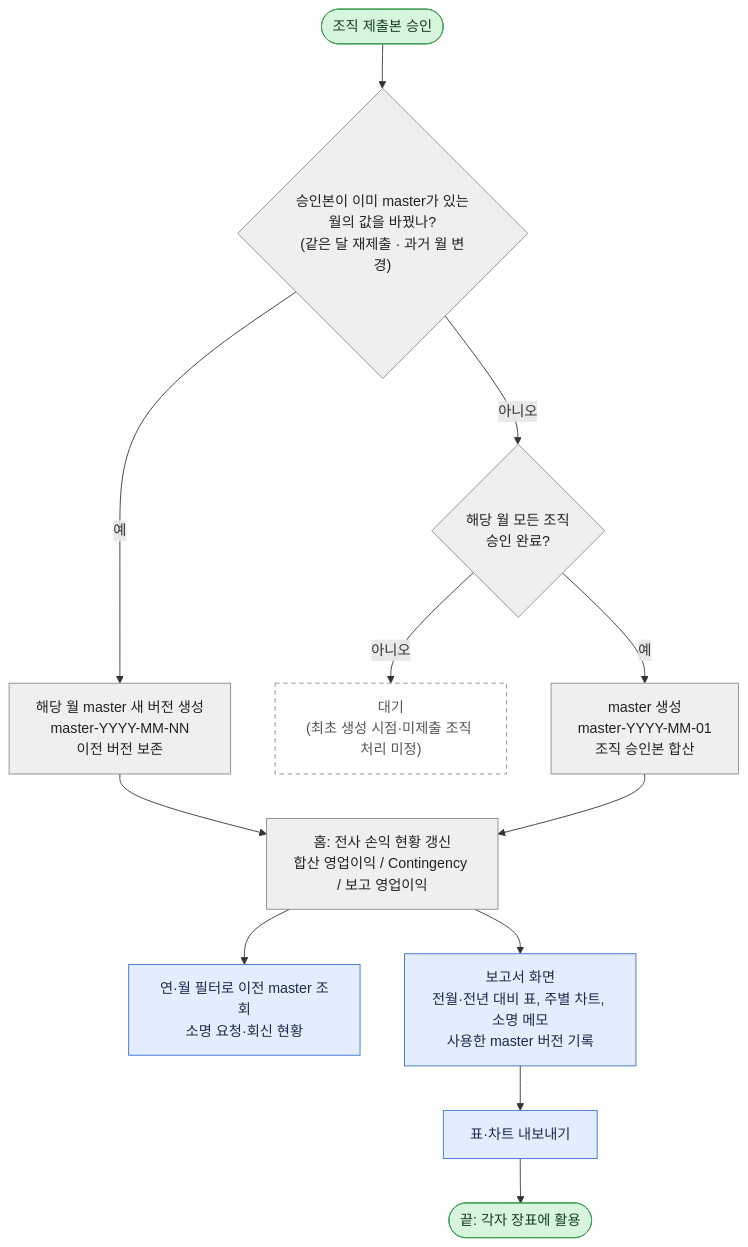
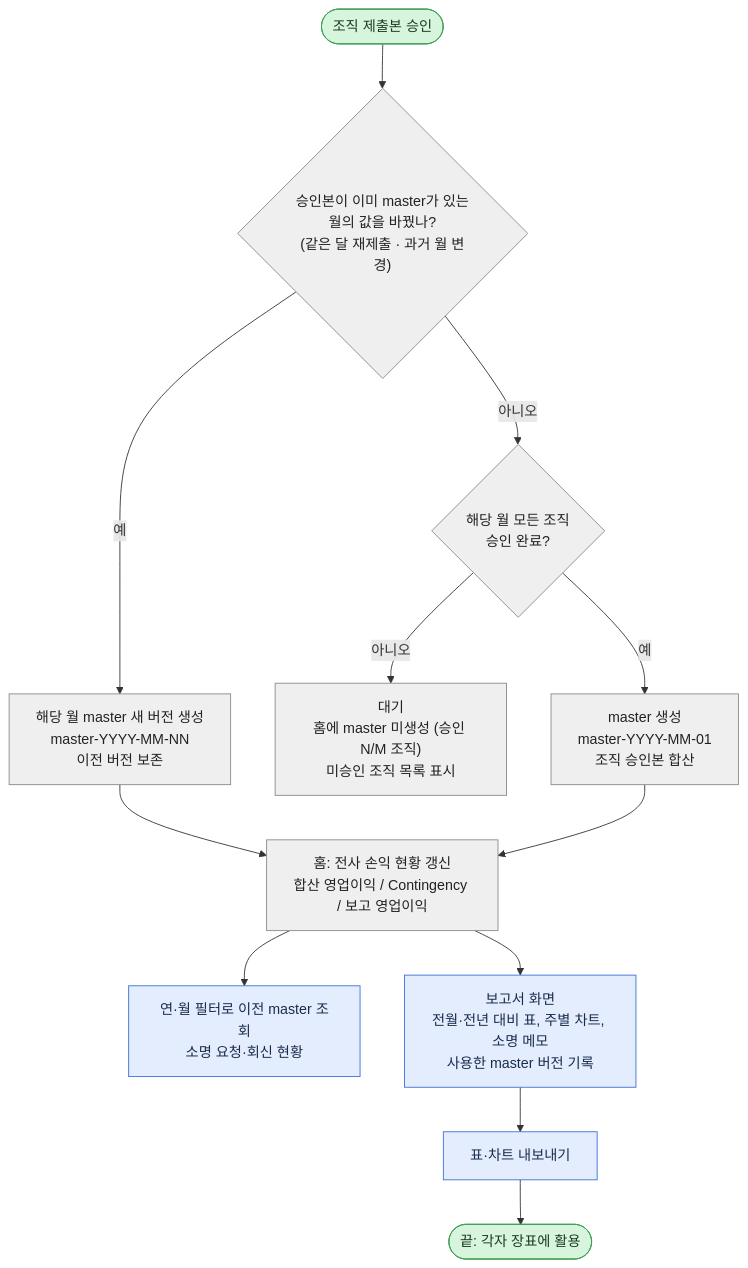
Before and after one commit to shinharyeong/skala_final_project: the fifth of 7 diagrams in docs/flow.md, drawn with Mermaid. The commit also changed other lines of this file and 1 other file, not shown here.

Commit message:
docs(docs): master 최초 생성 시점 확정
해당 월의 모든 조직 제출본이 승인되어야 첫 master를 생성한다.
생성 전에는 홈에 승인 현황과 미승인 조직을 표시한다.

````diff
--- a/docs/flow.md
+++ b/docs/flow.md
@@ -154,30 +153,28 @@
 ```mermaid
 flowchart TD
     A(["조직 제출본 승인"])
     B{"해당 월 모든 조직<br/>승인 완료?"}
-    B1["대기<br/>(최초 생성 시점·미제출 조직 처리 미정)"]
+    B1["대기<br/>홈에 master 미생성 (승인 N/M 조직)<br/>미승인 조직 목록 표시"]
     C["master 생성<br/>master-YYYY-MM-01<br/>조직 승인본 합산"]
     D["홈: 전사 손익 현황 갱신<br/>합산 영업이익 / Contingency / 보고 영업이익"]
     E["연·월 필터로 이전 master 조회<br/>소명 요청·회신 현황"]
     F["보고서 화면<br/>전월·전년 대비 표, 주별 차트, 소명 메모<br/>사용한 master 버전 기록"]
     G["표·차트 내보내기"]
     H(["끝: 각자 장표에 활용"])
     X{"승인본이 이미 master가 있는<br/>월의 값을 바꿨나?<br/>(같은 달 재제출 · 과거 월 변경)"}
     Y["해당 월 master 새 버전 생성<br/>master-YYYY-MM-NN<br/>이전 버전 보존"]
 
     A --> X
     X -->|예| Y --> D
     X -->|아니오| B
     B -->|아니오| B1
     B -->|예| C --> D --> E
     D --> F --> G --> H
 
     classDef planner fill:#E3EDFD,stroke:#3B6FD8,color:#1A2B4C
     classDef system fill:#EFEFEF,stroke:#8A8A8A,color:#222
     classDef terminal fill:#D7F4DD,stroke:#3E9E55,color:#173D20
-    classDef undecided fill:#FFFFFF,stroke:#8A8A8A,stroke-dasharray:5 4,color:#555
     class E,F,G planner
-    class B,C,D,X,Y system
+    class B,B1,C,D,X,Y system
     class A,H terminal
-    class B1 undecided
 ```
````
